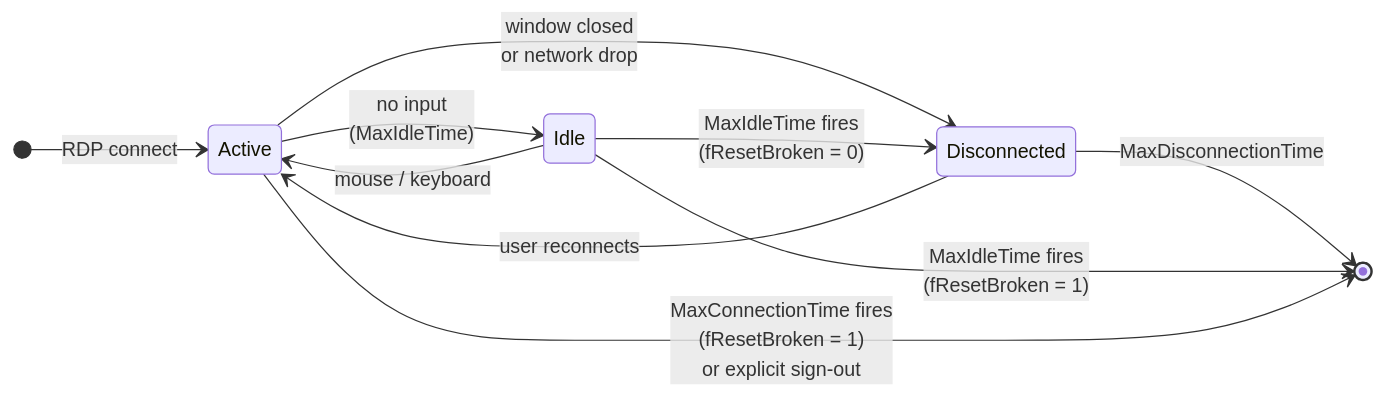
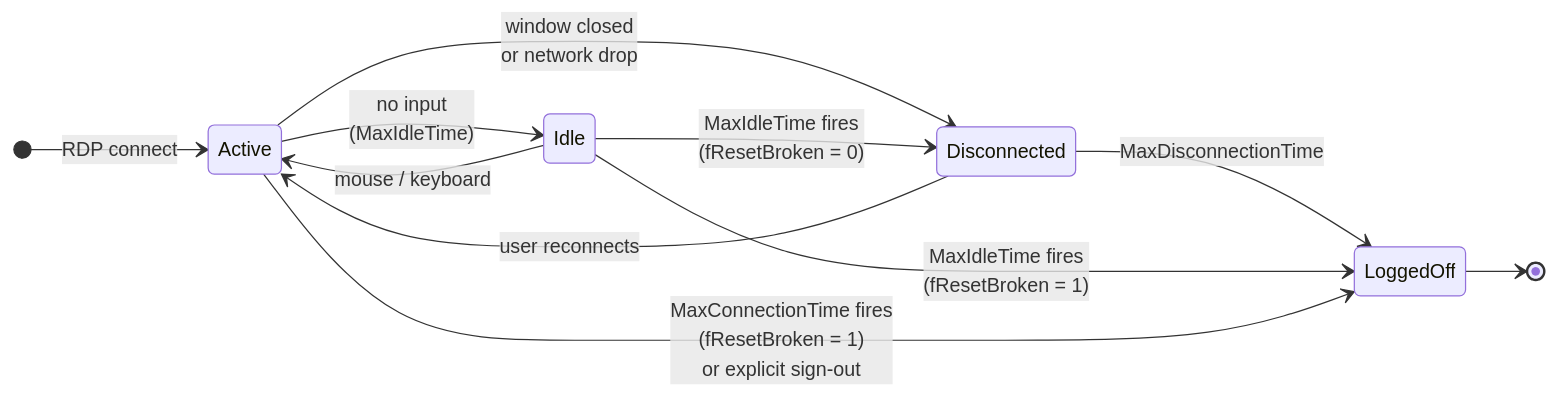
One commit to 0xMati/Tech-Blog changed the diagram in 110 - Platform/Windows Server/Concepts/Basics of Remote Desktop Session Time Limits on Windows Server.md. Above: the diagram before and after it, drawn with Mermaid. The commit also changed other lines of this file, not shown here.

Commit message:
Update Basics of Remote Desktop Session Time Limits on Windows Server.md

````diff
--- a/110 - Platform/Windows Server/Concepts/Basics of Remote Desktop Session Time Limits on Windows Server.md
+++ b/110 - Platform/Windows Server/Concepts/Basics of Remote Desktop Session Time Limits on Windows Server.md
@@ -34,13 +34,14 @@
 ```mermaid
 stateDiagram-v2
     direction LR
     [*] --> Active : RDP connect
     Active --> Idle : no input<br/>(MaxIdleTime)
     Idle --> Active : mouse / keyboard
     Active --> Disconnected : window closed<br/>or network drop
     Idle --> Disconnected : MaxIdleTime fires<br/>(fResetBroken = 0)
     Disconnected --> Active : user reconnects
-    Disconnected --> [*] : MaxDisconnectionTime
-    Idle --> [*] : MaxIdleTime fires<br/>(fResetBroken = 1)
-    Active --> [*] : MaxConnectionTime fires<br/>(fResetBroken = 1)<br/>or explicit sign-out
+    Disconnected --> LoggedOff : MaxDisconnectionTime
+    Idle --> LoggedOff : MaxIdleTime fires<br/>(fResetBroken = 1)
+    Active --> LoggedOff : MaxConnectionTime fires<br/>(fResetBroken = 1)<br/>or explicit sign-out
+    LoggedOff --> [*]
 ```
````
